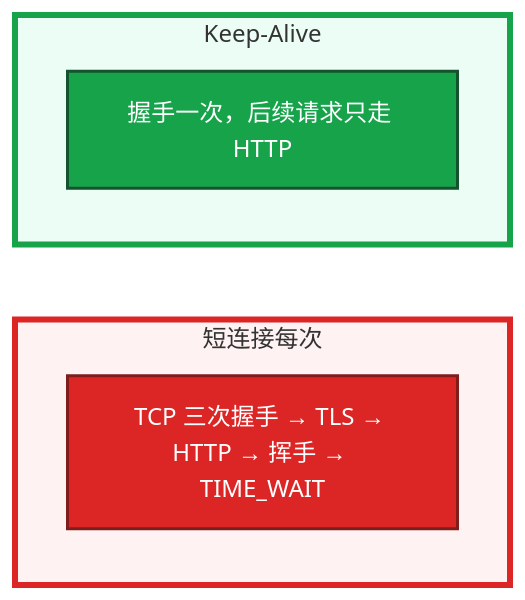
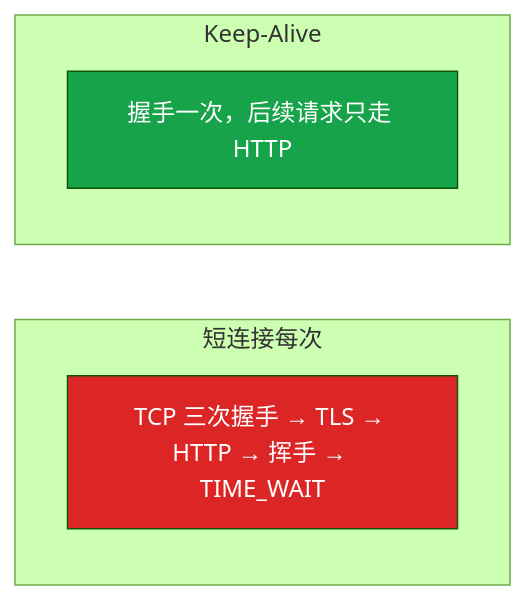
The fifth of 7 diagrams in 02-基础底座/09-HTTP与TLS/知识点.md (ml-cuizijun/LearnToLilith), drawn with Mermaid (forest theme) before and after one commit. The commit also changed other lines of this file and 213 other files, not shown here.

````diff
--- a/02-基础底座/09-HTTP与TLS/知识点.md
+++ b/02-基础底座/09-HTTP与TLS/知识点.md
@@ -234,17 +199,14 @@
 ```mermaid
 flowchart LR
     subgraph short ["短连接每次"]
         s[TCP 三次握手 → TLS → HTTP → 挥手 → TIME_WAIT]
     end
     subgraph ka ["Keep-Alive"]
         k[握手一次，后续请求只走 HTTP]
     end
 
-    classDef a fill:#DC2626,stroke:#7F1D1D,stroke-width:2px,color:#fff
-    classDef b fill:#16A34A,stroke:#14532D,stroke-width:2px,color:#fff
+    classDef a fill:#DC2626,color:#fff
+    classDef b fill:#16A34A,color:#fff
     class s a
     class k b
-
-    style short fill:#FEF2F2,stroke:#DC2626,stroke-width:4px
-    style ka fill:#ECFDF5,stroke:#16A34A,stroke-width:4px
 ```
````
